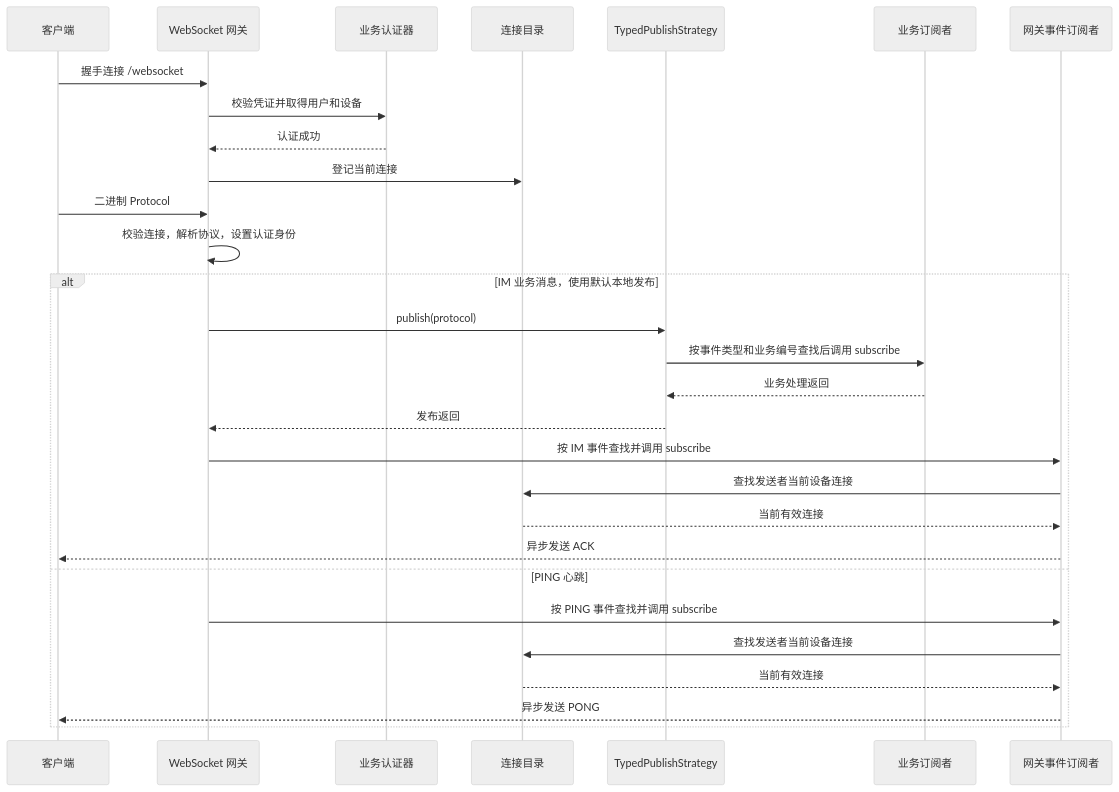
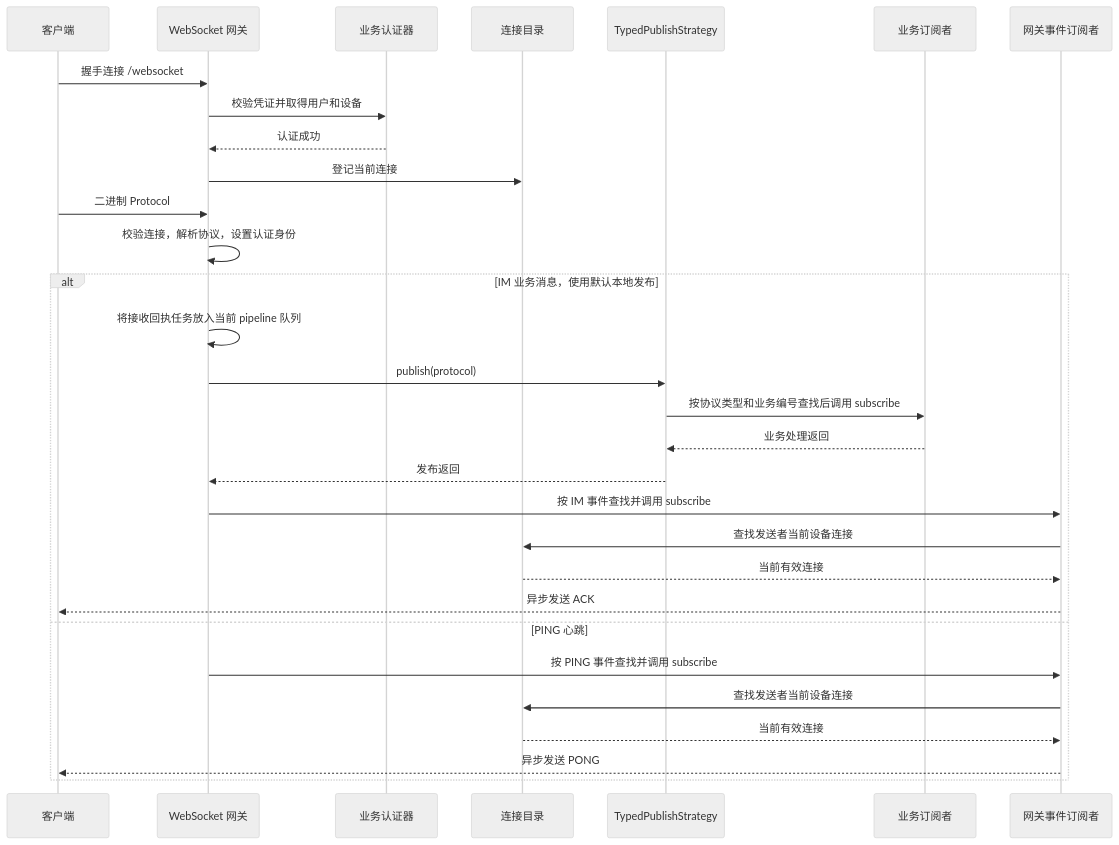
The fourth of 5 diagrams in README.md (sparrowzoo/sparrow-messaging-gateway), drawn with Mermaid (neutral theme) before and after one commit. The commit also changed other lines of this file and 51 other files, not shown here.

````diff
--- a/README.md
+++ b/README.md
@@ -214,31 +212,32 @@
 ```mermaid
 sequenceDiagram
     participant C as 客户端
     participant W as WebSocket 网关
     participant A as 业务认证器
     participant R as 连接目录
     participant P as TypedPublishStrategy
     participant B as 业务订阅者
     participant E as 网关事件订阅者
     C->>W: 握手连接 /websocket
     W->>A: 校验凭证并取得用户和设备
     A-->>W: 认证成功
     W->>R: 登记当前连接
     C->>W: 二进制 Protocol
     W->>W: 校验连接，解析协议，设置认证身份
     alt IM 业务消息，使用默认本地发布
+        W->>W: 将接收回执任务放入当前 pipeline 队列
         W->>P: publish(protocol)
-        P->>B: 按事件类型和业务编号查找后调用 subscribe
+        P->>B: 按协议类型和业务编号查找后调用 subscribe
         B-->>P: 业务处理返回
         P-->>W: 发布返回
         W->>E: 按 IM 事件查找并调用 subscribe
         E->>R: 查找发送者当前设备连接
         R-->>E: 当前有效连接
         E-->>C: 异步发送 ACK
     else PING 心跳
         W->>E: 按 PING 事件查找并调用 subscribe
         E->>R: 查找发送者当前设备连接
         R-->>E: 当前有效连接
         E-->>C: 异步发送 PONG
     end
 ```
````
